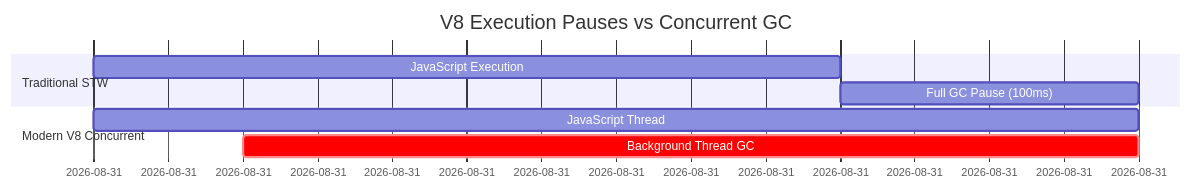
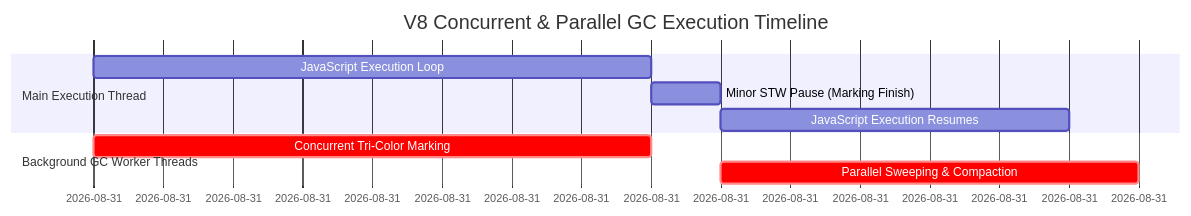
Before and after one commit to Amie-dev/engineering-playbook: the fourth of 4 diagrams in js-internals/08-garbage-collection.md, drawn with Mermaid. The commit also changed other lines of this file and 17 other files, not shown here.

````diff
--- a/js-internals/08-garbage-collection.md
+++ b/js-internals/08-garbage-collection.md
@@ -109,11 +93,13 @@
 ```mermaid
 gantt
-    title V8 Execution Pauses vs Concurrent GC
-    dateFormat  ss
-    section Traditional STW
-    JavaScript Execution  :a1, 00, 05s
-    Full GC Pause (100ms) :a2, after a1, 02s
-    section Modern V8 Concurrent
-    JavaScript Thread     :b1, 00, 07s
-    Background Thread GC  :crit, b2, 01, 06s
+    title V8 Concurrent & Parallel GC Execution Timeline
+    dateFormat ss
+    section Main Execution Thread
+    JavaScript Execution Loop :a1, 00, 08s
+    Minor STW Pause (Marking Finish) :a2, after a1, 01s
+    JavaScript Execution Resumes :a3, after a2, 05s
+
+    section Background GC Worker Threads
+    Concurrent Tri-Color Marking :crit, b1, 00, 08s
+    Parallel Sweeping & Compaction :crit, b2, after a2, 06s
 ```
````
